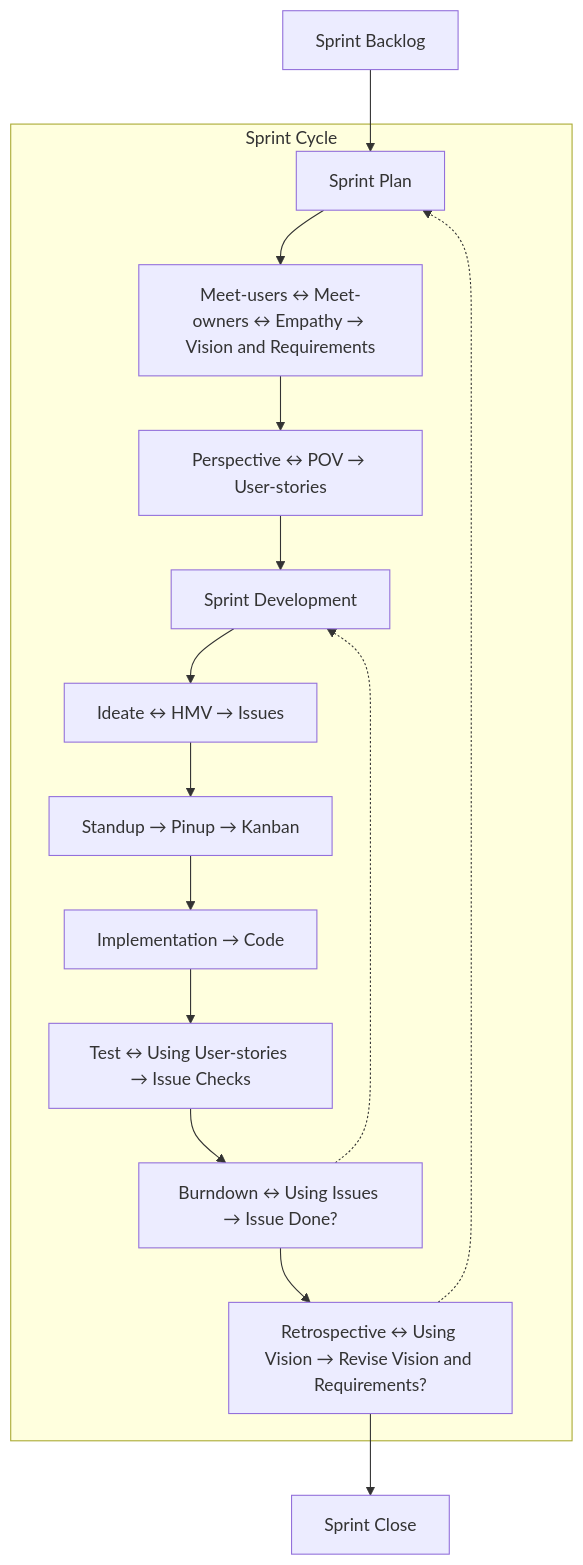
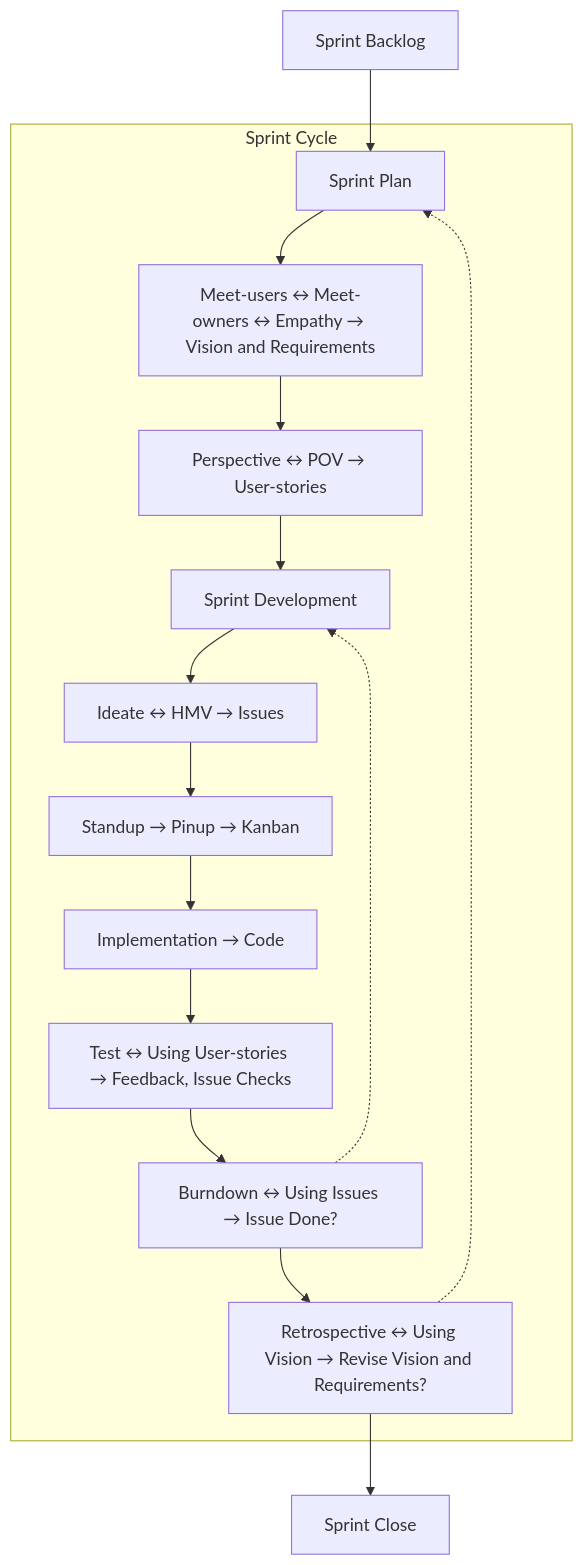
The first of 6 diagrams in _posts/Foundation/A-agile_classroom/2025-08-16-agile_design_thinking.md (whitelunarium/pages_fork), drawn with Mermaid before and after one commit. The commit also changed other lines of this file, not shown here.

````diff
--- a/_posts/Foundation/A-agile_classroom/2025-08-16-agile_design_thinking.md
+++ b/_posts/Foundation/A-agile_classroom/2025-08-16-agile_design_thinking.md
@@ -45,32 +70,32 @@
 ```mermaid
 flowchart TD
   A[Sprint Backlog] --> B[Sprint Plan]
   B --> C[Meet-users ↔ Meet-owners ↔ Empathy → Vision and Requirements]
   C --> D[Perspective ↔ POV → User-stories]
   D --> E[Sprint Development]
   E --> F[Ideate ↔ HMV → Issues]
   F --> G[Standup → Pinup → Kanban]
   G --> H[Implementation → Code]
-  H --> I[Test ↔ Using User-stories → Issue Checks]
+  H --> I[Test ↔ Using User-stories → Feedback, Issue Checks]
   I --> J[Burndown ↔ Using Issues → Issue Done?]
   J --> K[Retrospective ↔ Using Vision → Revise Vision and Requirements?]
   K -.-> B
   K --> L[Sprint Close]
 
   %% Feedback loop from Retrospective/Burndown to Plan
   J -.-> E
 
   %% Optional: Highlight the cycle
   subgraph "Sprint Cycle"
     B
     C
     D
     E
     F
     G
     H
     I
     J
     K
   end
 ```
````
